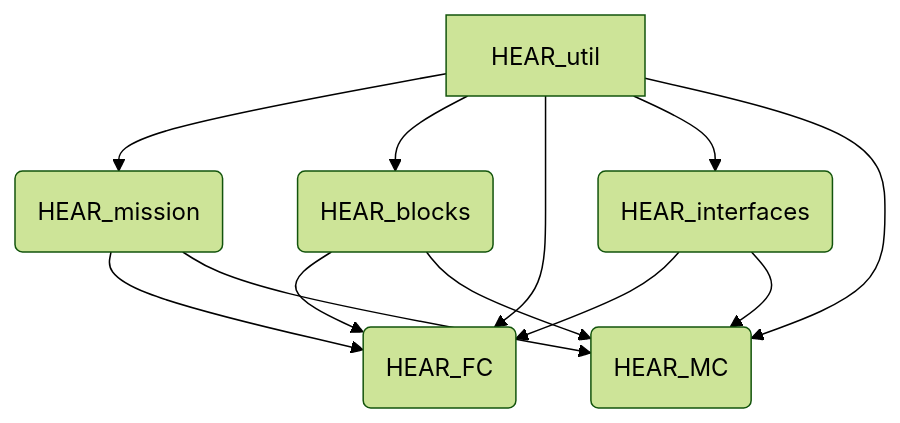
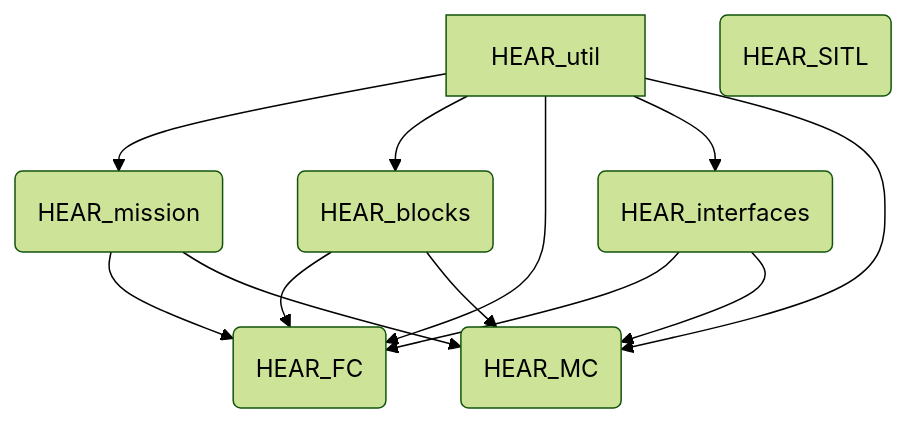
Before and after one commit to DroneLeaf/HEAR_wiki: the diagram in source_management.md, drawn with Mermaid (forest theme). The commit also changed other lines of this file and 3 other files, not shown here.

````diff
--- a/source_management.md
+++ b/source_management.md
@@ -23,14 +24,15 @@
 ```mermaid
 flowchart TD
     A[HEAR_util] -->B(HEAR_mission)
     A -->C(HEAR_blocks)
     A -->D(HEAR_FC)
     A -->F(HEAR_interfaces)
     B -->D
     C -->D
     F -->D
     A -->E(HEAR_MC)
     B -->E
     C -->E
     F -->E
+    G(HEAR_SITL)
 ```
````
